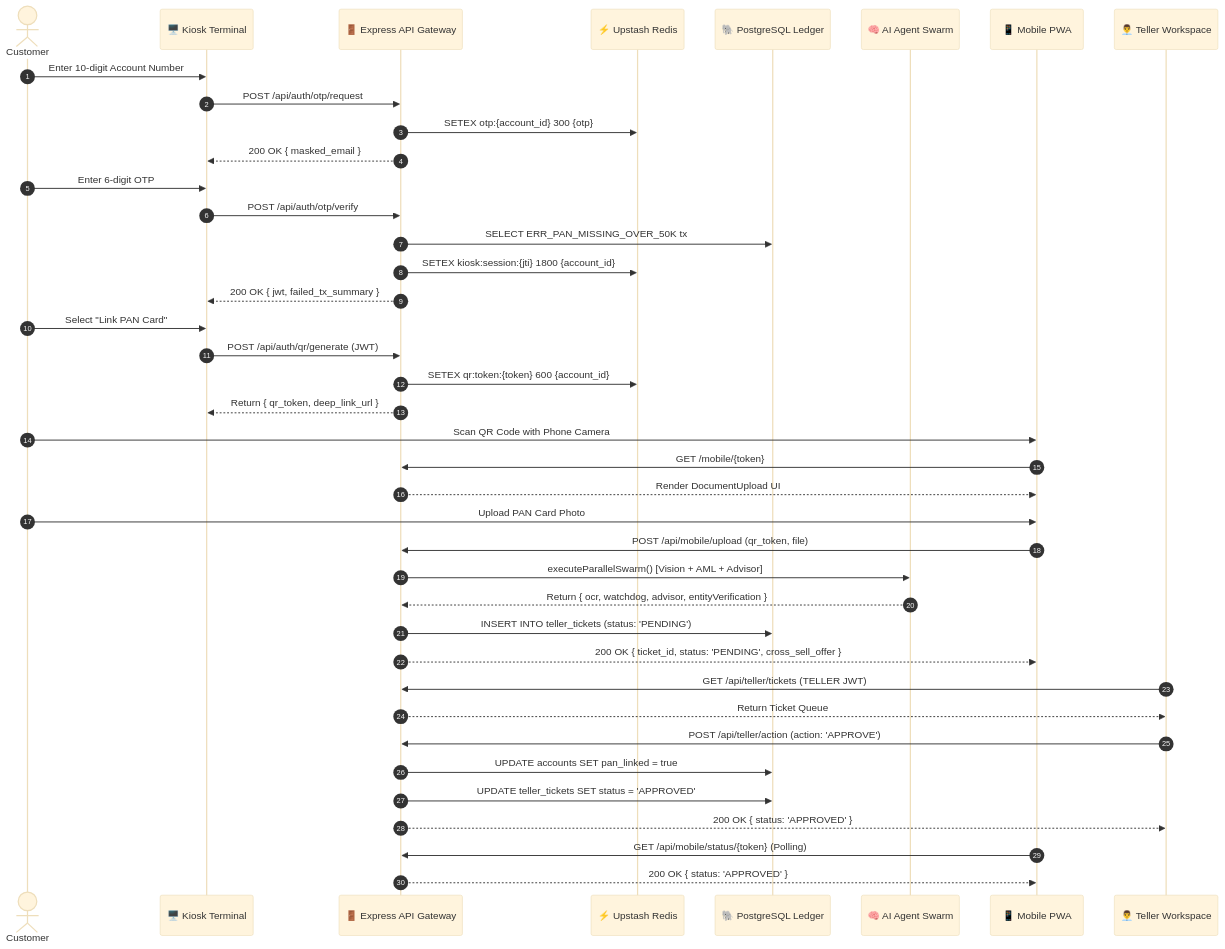
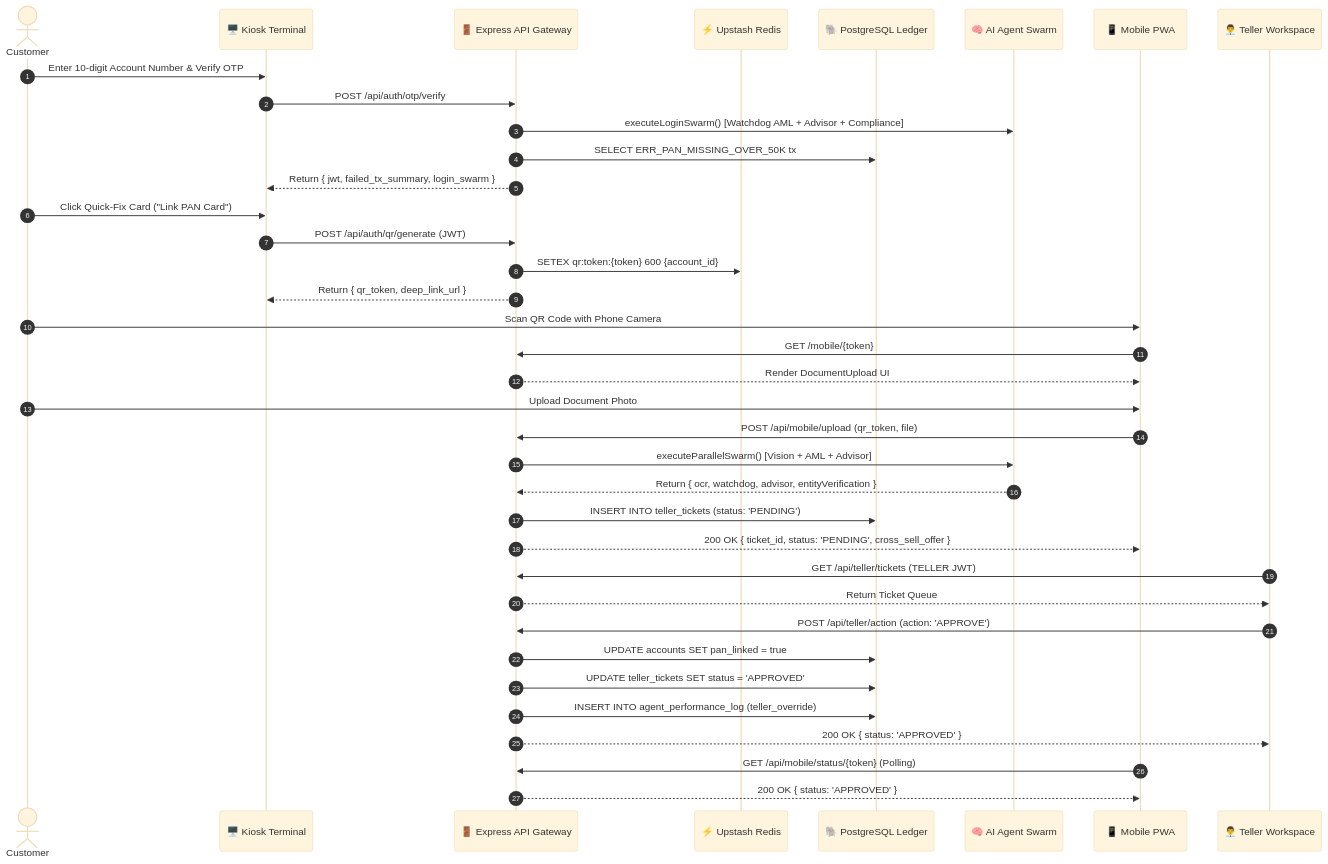
Before and after one commit to mithunrajmr/torii: the second of 3 diagrams in Readme.md, drawn with Mermaid (base theme). The commit also changed other lines of this file, not shown here.

````diff
--- a/Readme.md
+++ b/Readme.md
@@ -246,49 +264,45 @@
 ```mermaid
 sequenceDiagram
     autonumber
     actor Customer
     participant Kiosk as 🖥️ Kiosk Terminal
     participant Gateway as 🚪 Express API Gateway
     participant Redis as ⚡ Upstash Redis
     participant DB as 🐘 PostgreSQL Ledger
     participant Swarm as 🧠 AI Agent Swarm
     participant Mobile as 📱 Mobile PWA
     participant Teller as 👨‍💼 Teller Workspace
 
-    Customer->>Kiosk: Enter 10-digit Account Number
-    Kiosk->>Gateway: POST /api/auth/otp/request
-    Gateway->>Redis: SETEX otp:{account_id} 300 {otp}
-    Gateway-->>Kiosk: 200 OK { masked_email }
+    Customer->>Kiosk: Enter 10-digit Account Number & Verify OTP
+    Kiosk->>Gateway: POST /api/auth/otp/verify
+    Gateway->>Swarm: executeLoginSwarm() [Watchdog AML + Advisor + Compliance]
+    Gateway->>DB: SELECT ERR_PAN_MISSING_OVER_50K tx
+    Gateway-->>Kiosk: Return { jwt, failed_tx_summary, login_swarm }
 
-    Customer->>Kiosk: Enter 6-digit OTP
-    Kiosk->>Gateway: POST /api/auth/otp/verify
-    Gateway->>DB: SELECT ERR_PAN_MISSING_OVER_50K tx
-    Gateway->>Redis: SETEX kiosk:session:{jti} 1800 {account_id}
-    Gateway-->>Kiosk: 200 OK { jwt, failed_tx_summary }
-
-    Customer->>Kiosk: Select "Link PAN Card"
+    Customer->>Kiosk: Click Quick-Fix Card ("Link PAN Card")
     Kiosk->>Gateway: POST /api/auth/qr/generate (JWT)
     Gateway->>Redis: SETEX qr:token:{token} 600 {account_id}
     Gateway-->>Kiosk: Return { qr_token, deep_link_url }
 
     Customer->>Mobile: Scan QR Code with Phone Camera
     Mobile->>Gateway: GET /mobile/{token}
     Gateway-->>Mobile: Render DocumentUpload UI
 
-    Customer->>Mobile: Upload PAN Card Photo
+    Customer->>Mobile: Upload Document Photo
     Mobile->>Gateway: POST /api/mobile/upload (qr_token, file)
     Gateway->>Swarm: executeParallelSwarm() [Vision + AML + Advisor]
     Swarm-->>Gateway: Return { ocr, watchdog, advisor, entityVerification }
     Gateway->>DB: INSERT INTO teller_tickets (status: 'PENDING')
     Gateway-->>Mobile: 200 OK { ticket_id, status: 'PENDING', cross_sell_offer }
 
     Teller->>Gateway: GET /api/teller/tickets (TELLER JWT)
     Gateway-->>Teller: Return Ticket Queue
     Teller->>Gateway: POST /api/teller/action (action: 'APPROVE')
     Gateway->>DB: UPDATE accounts SET pan_linked = true
     Gateway->>DB: UPDATE teller_tickets SET status = 'APPROVED'
+    Gateway->>DB: INSERT INTO agent_performance_log (teller_override)
     Gateway-->>Teller: 200 OK { status: 'APPROVED' }
 
     Mobile->>Gateway: GET /api/mobile/status/{token} (Polling)
     Gateway-->>Mobile: 200 OK { status: 'APPROVED' }
 ```
````
